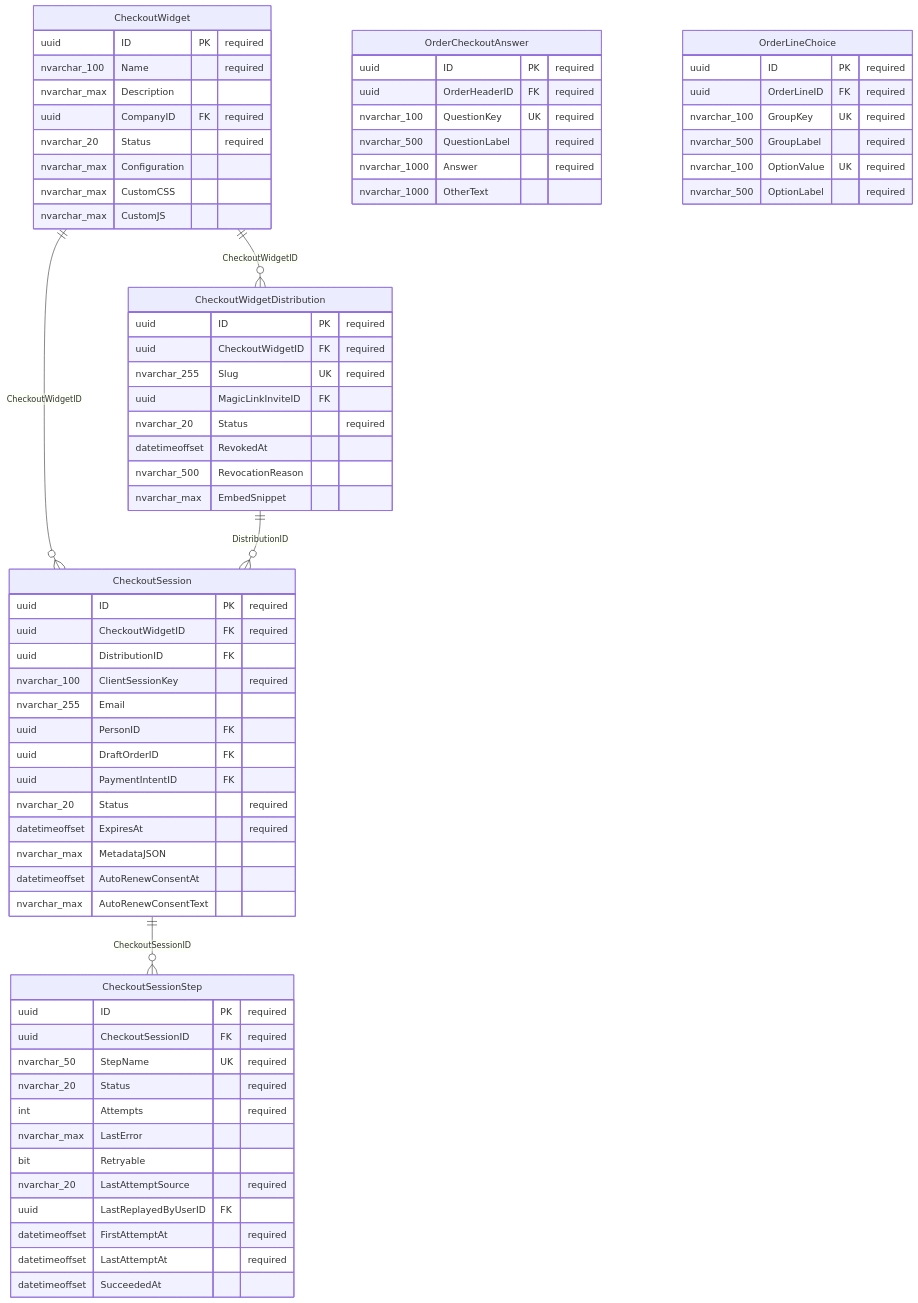
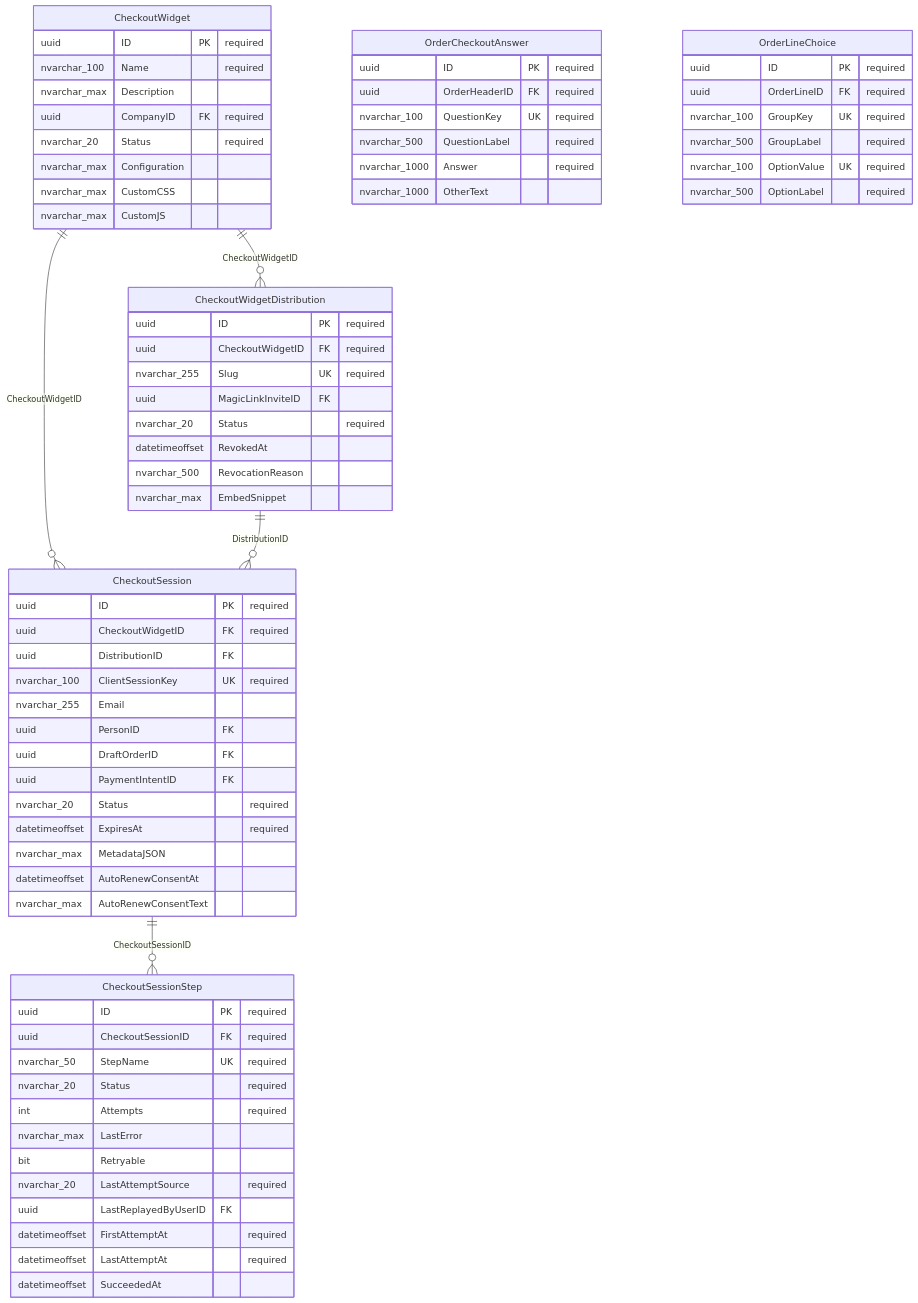
One commit to MemberJunction/bizapps-orders changed the fifth of 12 diagrams in docs/ERD.md. Above: the diagram before and after it, drawn with Mermaid. The commit also changed other lines of this file and 3 other files, not shown here.

````diff
--- a/docs/ERD.md
+++ b/docs/ERD.md
@@ -826,72 +867,72 @@
 ```mermaid
 erDiagram
     CheckoutSession ||--o{ CheckoutSessionStep : "CheckoutSessionID"
     CheckoutWidget ||--o{ CheckoutSession : "CheckoutWidgetID"
     CheckoutWidget ||--o{ CheckoutWidgetDistribution : "CheckoutWidgetID"
     CheckoutWidgetDistribution ||--o{ CheckoutSession : "DistributionID"
     CheckoutWidget {
         uuid ID PK "required"
         nvarchar_100 Name "required"
         nvarchar_max Description
         uuid CompanyID FK "required"
         nvarchar_20 Status "required"
         nvarchar_max Configuration
         nvarchar_max CustomCSS
         nvarchar_max CustomJS
     }
     CheckoutWidgetDistribution {
         uuid ID PK "required"
         uuid CheckoutWidgetID FK "required"
         nvarchar_255 Slug UK "required"
         uuid MagicLinkInviteID FK
         nvarchar_20 Status "required"
         datetimeoffset RevokedAt
         nvarchar_500 RevocationReason
         nvarchar_max EmbedSnippet
     }
     CheckoutSession {
         uuid ID PK "required"
         uuid CheckoutWidgetID FK "required"
         uuid DistributionID FK
-        nvarchar_100 ClientSessionKey "required"
+        nvarchar_100 ClientSessionKey UK "required"
         nvarchar_255 Email
         uuid PersonID FK
         uuid DraftOrderID FK
         uuid PaymentIntentID FK
         nvarchar_20 Status "required"
         datetimeoffset ExpiresAt "required"
         nvarchar_max MetadataJSON
         datetimeoffset AutoRenewConsentAt
         nvarchar_max AutoRenewConsentText
     }
     CheckoutSessionStep {
         uuid ID PK "required"
         uuid CheckoutSessionID FK "required"
         nvarchar_50 StepName UK "required"
         nvarchar_20 Status "required"
         int Attempts "required"
         nvarchar_max LastError
         bit Retryable
         nvarchar_20 LastAttemptSource "required"
         uuid LastReplayedByUserID FK
         datetimeoffset FirstAttemptAt "required"
         datetimeoffset LastAttemptAt "required"
         datetimeoffset SucceededAt
     }
     OrderCheckoutAnswer {
         uuid ID PK "required"
         uuid OrderHeaderID FK "required"
         nvarchar_100 QuestionKey UK "required"
         nvarchar_500 QuestionLabel "required"
         nvarchar_1000 Answer "required"
         nvarchar_1000 OtherText
     }
     OrderLineChoice {
         uuid ID PK "required"
         uuid OrderLineID FK "required"
         nvarchar_100 GroupKey UK "required"
         nvarchar_500 GroupLabel "required"
         nvarchar_100 OptionValue UK "required"
         nvarchar_500 OptionLabel "required"
     }
 ```
````
